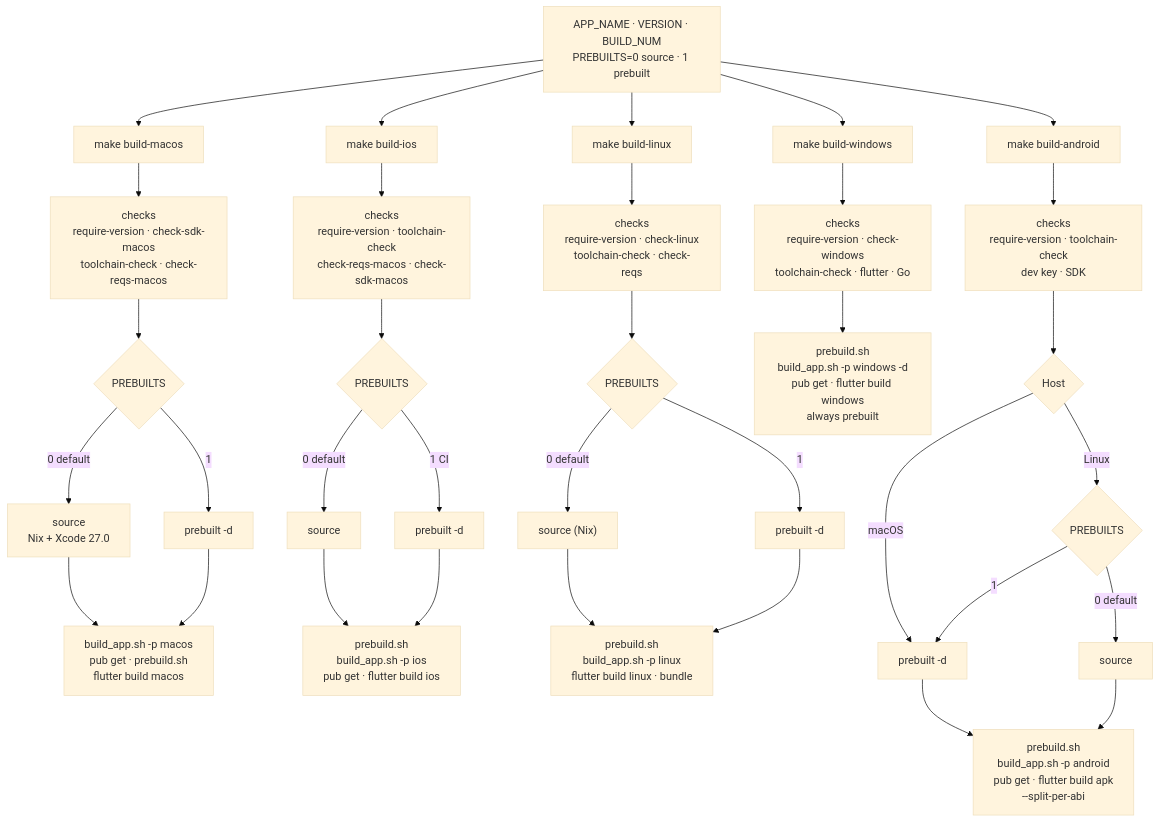
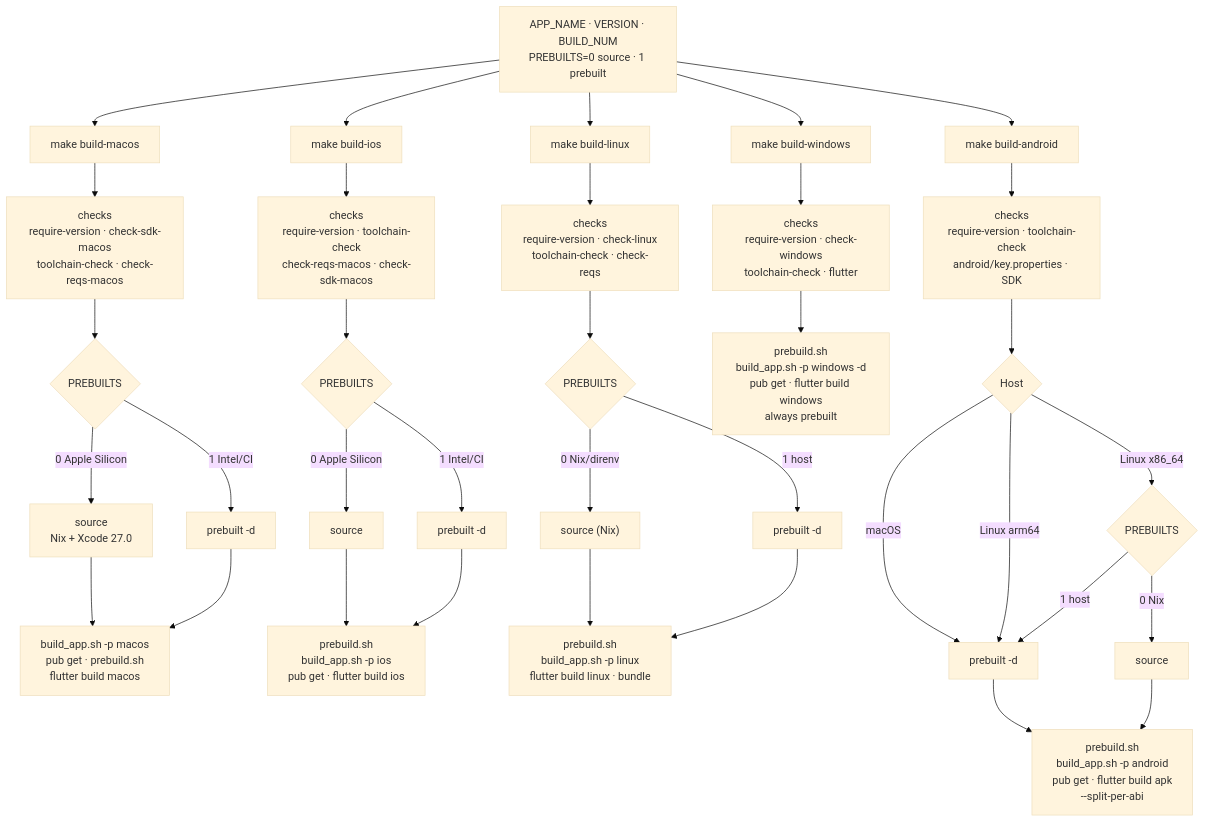
The second of 2 diagrams in docs/building/make-flow.md (cypherstack/stack_wallet), drawn with Mermaid (base theme) before and after one commit. The commit also changed other lines of this file and 12 other files, not shown here.

````diff
--- a/docs/building/make-flow.md
+++ b/docs/building/make-flow.md
@@ -54,42 +56,43 @@
 ```mermaid
 flowchart TD
     O["APP_NAME · VERSION · BUILD_NUM<br/>PREBUILTS=0 source · 1 prebuilt"]
     O --> MAC["make build-macos"]
     O --> IOS["make build-ios"]
     O --> LINUX["make build-linux"]
     O --> WIN["make build-windows"]
     O --> AND["make build-android"]
 
     MAC --> MC["checks<br/>require-version · check-sdk-macos<br/>toolchain-check · check-reqs-macos"]
     MC --> MP{"PREBUILTS"}
-    MP -- "0 default" --> MS["source<br/>Nix + Xcode 27.0"]
-    MP -- "1" --> MB["prebuilt -d"]
+    MP -- "0 Apple Silicon" --> MS["source<br/>Nix + Xcode 27.0"]
+    MP -- "1 Intel/CI" --> MB["prebuilt -d"]
     MS --> MR["build_app.sh -p macos<br/>pub get · prebuild.sh<br/>flutter build macos"]
     MB --> MR
 
     IOS --> IC["checks<br/>require-version · toolchain-check<br/>check-reqs-macos · check-sdk-macos"]
     IC --> IP{"PREBUILTS"}
-    IP -- "0 default" --> IS["source"]
-    IP -- "1 CI" --> IB["prebuilt -d"]
+    IP -- "0 Apple Silicon" --> IS["source"]
+    IP -- "1 Intel/CI" --> IB["prebuilt -d"]
     IS --> IR["prebuild.sh<br/>build_app.sh -p ios<br/>pub get · flutter build ios"]
     IB --> IR
 
     LINUX --> LC["checks<br/>require-version · check-linux<br/>toolchain-check · check-reqs"]
     LC --> LP{"PREBUILTS"}
-    LP -- "0 default" --> LS["source (Nix)"]
-    LP -- "1" --> LB["prebuilt -d"]
+    LP -- "0 Nix/direnv" --> LS["source (Nix)"]
+    LP -- "1 host" --> LB["prebuilt -d"]
     LS --> LR["prebuild.sh<br/>build_app.sh -p linux<br/>flutter build linux · bundle"]
     LB --> LR
 
-    WIN --> WC["checks<br/>require-version · check-windows<br/>toolchain-check · flutter · Go"]
+    WIN --> WC["checks<br/>require-version · check-windows<br/>toolchain-check · flutter"]
     WC --> WR["prebuild.sh<br/>build_app.sh -p windows -d<br/>pub get · flutter build windows<br/>always prebuilt"]
 
-    AND --> AC["checks<br/>require-version · toolchain-check<br/>dev key · SDK"]
+    AND --> AC["checks<br/>require-version · toolchain-check<br/>android/key.properties · SDK"]
     AC --> AH{"Host"}
     AH -- macOS --> AB["prebuilt -d"]
-    AH -- Linux --> AP{"PREBUILTS"}
-    AP -- "0 default" --> AS["source"]
-    AP -- "1" --> AB
+    AH -- "Linux arm64" --> AB
+    AH -- "Linux x86_64" --> AP{"PREBUILTS"}
+    AP -- "0 Nix" --> AS["source"]
+    AP -- "1 host" --> AB
     AB --> AR["prebuild.sh<br/>build_app.sh -p android<br/>pub get · flutter build apk<br/>--split-per-abi"]
     AS --> AR
 ```
````
